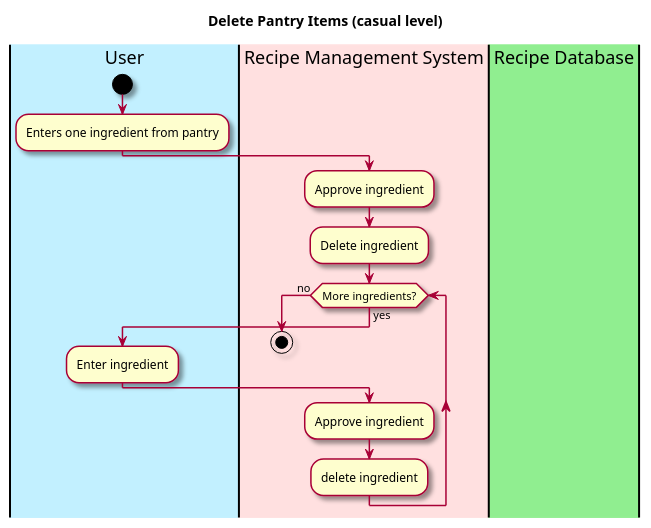
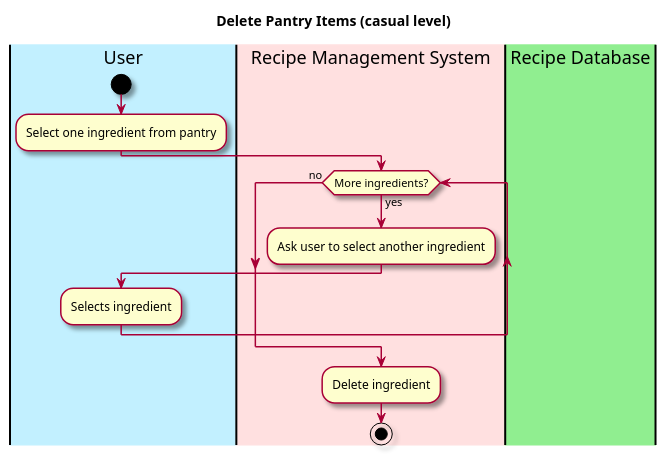
Before and after one commit to berthashipper/Pantry-Pal-Android-Application: the diagram in intellij/doc/use-cases/delete_pantry_items.md, drawn with PlantUML. The commit also changed other lines of this file and 4 other files, not shown here.

Commit message:
Improvements, modifications to use case diagrams

````diff
--- a/intellij/doc/use-cases/delete_pantry_items.md
+++ b/intellij/doc/use-cases/delete_pantry_items.md
@@ -28,31 +28,30 @@
 ```plantuml
 @startuml
 
 skin rose
 
 title  Delete Pantry Items (casual level)
 
 'define the lanes
 |#application|User|
 |#implementation|Recipe Management System|
 |#lightgreen|Recipe Database|
 
+
 |User|
-start
-:Enters one ingredient from pantry;
+ start
+:Select one ingredient from pantry;
 
 |Recipe Management System|
-:Approve ingredient;
-:Delete ingredient;
 while (More ingredients?) is (yes)
-   |User|
-  :Enter ingredient;
-  |Recipe Management System|
-  :Approve ingredient;
-  :delete ingredient;
+:Ask user to select another ingredient;
+|User|
+:Selects ingredient;
 endwhile (no)
 
+  |Recipe Management System|
+  :Delete ingredient;
 
 stop
 @enduml
 ```
````
